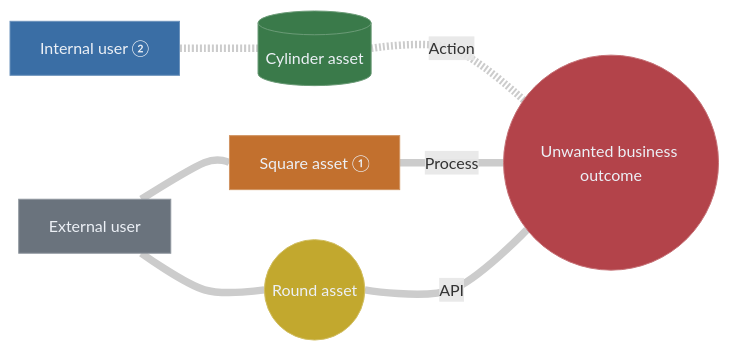
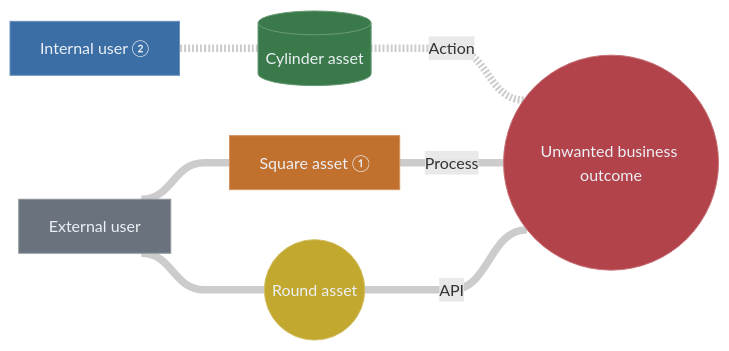
Before and after one commit to tomituominen/APME: the diagram in sample-graph.md, drawn with Mermaid. The commit also changed 13 other files, not shown here.

First line of the commit message:
Saved Mermaid: use bumpX curve; drop per-curve comparison files

````diff
--- a/sample-graph.md
+++ b/sample-graph.md
@@ -3,28 +3,28 @@
 ```mermaid
-%%{init: {"flowchart": {"curve": "cardinal"}}}%%
+%%{init: {"flowchart": {"curve": "bumpX"}}}%%
 %% APM-DATA: {"v":1,"dir":"RL","master":"n2","pos":{"n2":[0,0],"n4":[-390,-227],"n5":[-390,-27],"n6":[-390,173],"n7":[-770,-235],"n8":[-770,65]},"bends":{"n2|n4":[-0.0741,0.3825],"n2|n5":[-0.0181,0.0348],"n2|n6":[-0.0486,-0.3349]},"notes":{"n5":"Important note about the asset","n7":"Important note about the user"}}
 flowchart RL
   n2(("Unwanted business outcome"))
   n4[("Cylinder asset")]
   n5["Square asset ①"]
   n6(("Round asset"))
   n7["Internal user ②"]
   n8["External user"]
   n2 -.-|"Action"| n4
   n2 ---|"Process"| n5
   n2 ---|"API"| n6
   n4 -.- n7
   n5 --- n8
   n6 --- n8
   linkStyle default stroke:#cccccc,stroke-width:7.5px;
 
   style n2 fill:#b3434a,stroke:#c67277,color:#ecf0f6
   style n4 fill:#3a7a4a,stroke:#6b9b77,color:#ecf0f6
   style n5 fill:#c2702e,stroke:#d19462,color:#ecf0f6
   style n6 fill:#c2a82e,stroke:#d1be62,color:#ecf0f6
   style n7 fill:#3a6ea5,stroke:#6b92bc,color:#ecf0f6
   style n8 fill:#6a737d,stroke:#8f969e,color:#ecf0f6
 
   click n5 "#note-n5" "Square asset"
   click n7 "#note-n7" "Internal user"
 ```
````
